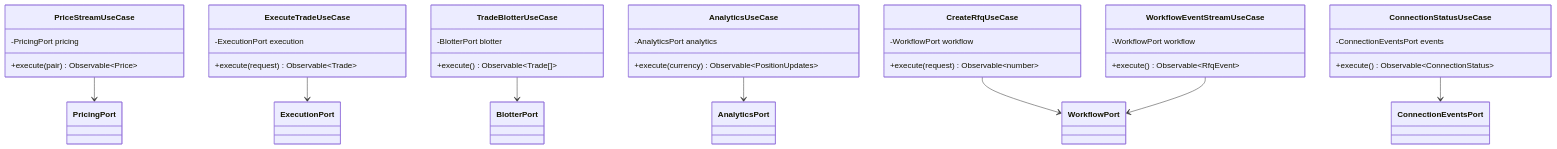
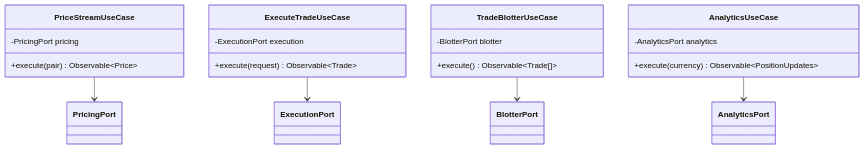
Diagram 14 of 33 in docs/architecture.md (bettersoftware-io/ReactiveTraderCloudClone), drawn with Mermaid before and after one commit. The commit also changed other lines of this file, not shown here.

First line of the commit message:
docs(architecture): split wide class diagrams so GitHub renders them readably

````diff
--- a/docs/architecture.md
+++ b/docs/architecture.md
@@ -770,47 +801,29 @@
 ```mermaid
 classDiagram
     direction TB
 
     class PriceStreamUseCase {
         -PricingPort pricing
         +execute(pair) Observable~Price~
     }
 
     class ExecuteTradeUseCase {
         -ExecutionPort execution
         +execute(request) Observable~Trade~
     }
 
     class TradeBlotterUseCase {
         -BlotterPort blotter
         +execute() Observable~Trade[]~
     }
 
     class AnalyticsUseCase {
         -AnalyticsPort analytics
         +execute(currency) Observable~PositionUpdates~
     }
 
-    class CreateRfqUseCase {
-        -WorkflowPort workflow
-        +execute(request) Observable~number~
-    }
-
-    class WorkflowEventStreamUseCase {
-        -WorkflowPort workflow
-        +execute() Observable~RfqEvent~
-    }
-
-    class ConnectionStatusUseCase {
-        -ConnectionEventsPort events
-        +execute() Observable~ConnectionStatus~
-    }
-
     PriceStreamUseCase --> PricingPort
     ExecuteTradeUseCase --> ExecutionPort
     TradeBlotterUseCase --> BlotterPort
     AnalyticsUseCase --> AnalyticsPort
-    CreateRfqUseCase --> WorkflowPort
-    WorkflowEventStreamUseCase --> WorkflowPort
-    ConnectionStatusUseCase --> ConnectionEventsPort
 ```
````
